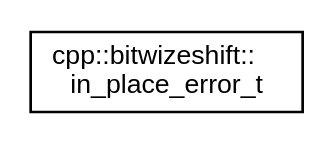
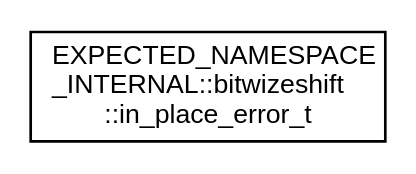
The diagram in api/latest/inherit_graph_24.dot (bitwizeshift/result), drawn with Graphviz before and after one commit. The commit also changed 399 other files, not shown here.

```diff
--- a/api/latest/inherit_graph_24.dot
+++ b/api/latest/inherit_graph_24.dot
@@ -1,7 +1,7 @@
 digraph "Graphical Class Hierarchy"
 {
   edge [fontname="Helvetica",fontsize="10",labelfontname="Helvetica",labelfontsize="10"];
   node [fontname="Helvetica",fontsize="10",shape=record];
   rankdir="LR";
-  Node0 [label="cpp::bitwizeshift::\lin_place_error_t",height=0.2,width=0.4,color="black", fillcolor="white", style="filled",URL="$d1/d00/structcpp_1_1bitwizeshift_1_1in__place__error__t.html",tooltip="A structure for representing in-place construction of an error type. "];
+  Node0 [label="EXPECTED_NAMESPACE\l_INTERNAL::bitwizeshift\l::in_place_error_t",height=0.2,width=0.4,color="black", fillcolor="white", style="filled",URL="$d7/d35/struct_e_x_p_e_c_t_e_d___n_a_m_e_s_p_a_c_e___i_n_t_e_r_n_a_l_1_1bitwizeshift_1_1in__place__error__t.html",tooltip="A structure for representing in-place construction of an error type. "];
 }
```
